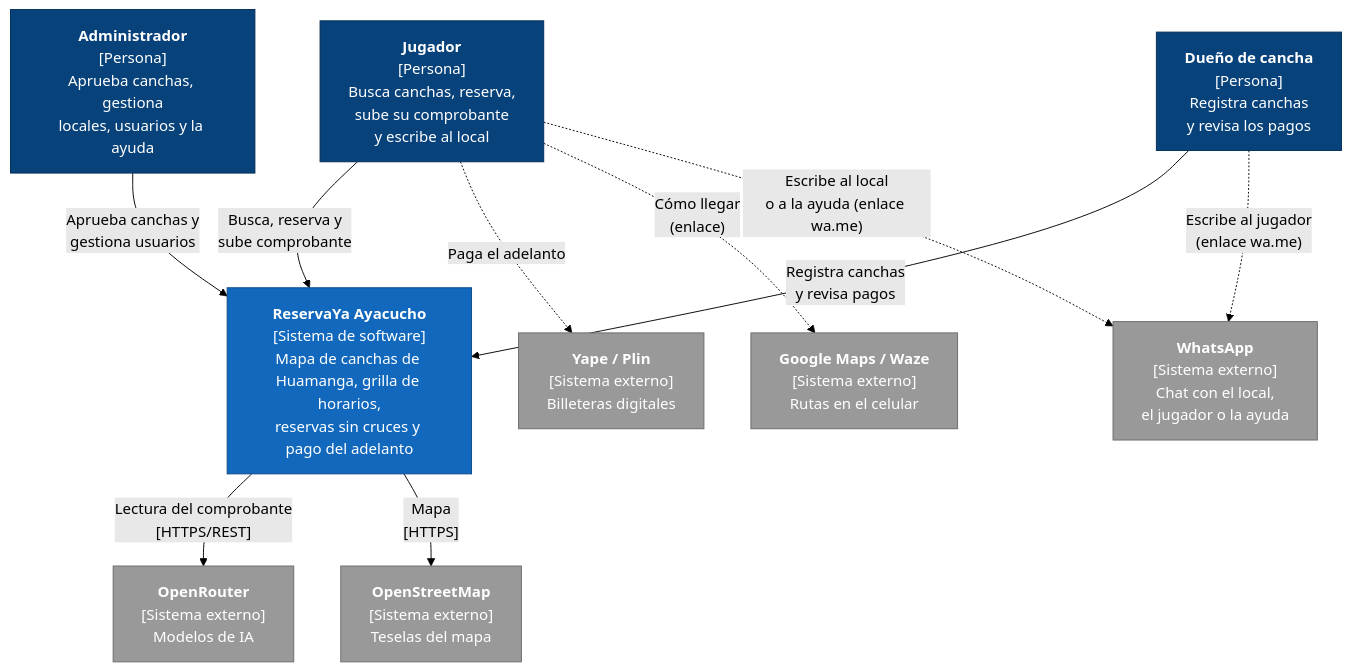
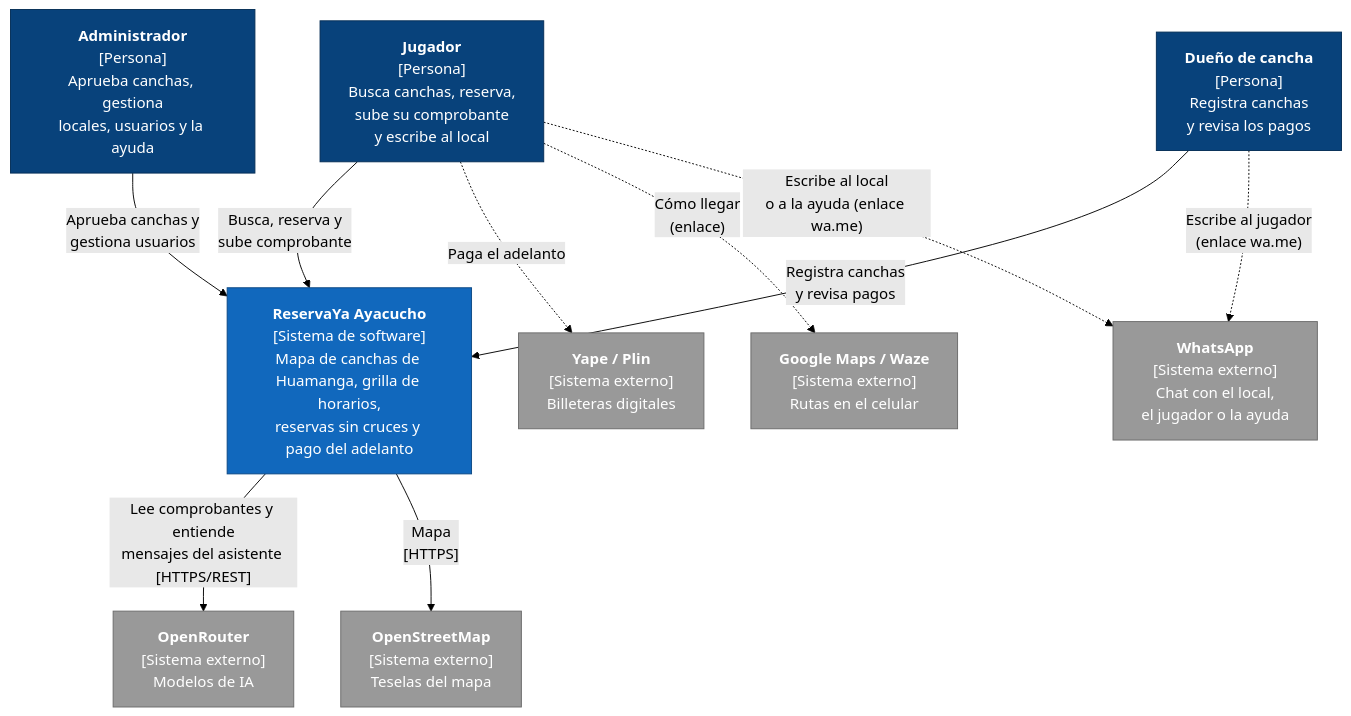
Before and after one commit to edhtsprado27-bit/ReservaYa-Ayacucho: the diagram in img/fuentes-svg/nivel1-contexto.mmd, drawn with Mermaid (forest theme). The commit also changed 33 other files, not shown here.

Commit message:
docs: spec 013, ADR-015 y documentos y diagramas actualizados con el asistente

```diff
--- a/img/fuentes-svg/nivel1-contexto.mmd
+++ b/img/fuentes-svg/nivel1-contexto.mmd
@@ -1,29 +1,29 @@
 flowchart TB
     jugador["<b>Jugador</b><br/>[Persona]<br/>Busca canchas, reserva,<br/>sube su comprobante<br/>y escribe al local"]
     dueno["<b>Dueño de cancha</b><br/>[Persona]<br/>Registra canchas<br/>y revisa los pagos"]
     admin["<b>Administrador</b><br/>[Persona]<br/>Aprueba canchas, gestiona<br/>locales, usuarios y la ayuda"]
 
     sistema["<b>ReservaYa Ayacucho</b><br/>[Sistema de software]<br/>Mapa de canchas de Huamanga, grilla de horarios,<br/>reservas sin cruces y pago del adelanto"]
 
     yape["<b>Yape / Plin</b><br/>[Sistema externo]<br/>Billeteras digitales"]
     openrouter["<b>OpenRouter</b><br/>[Sistema externo]<br/>Modelos de IA"]
     osm["<b>OpenStreetMap</b><br/>[Sistema externo]<br/>Teselas del mapa"]
     rutas["<b>Google Maps / Waze</b><br/>[Sistema externo]<br/>Rutas en el celular"]
     whatsapp["<b>WhatsApp</b><br/>[Sistema externo]<br/>Chat con el local,<br/>el jugador o la ayuda"]
 
     jugador -- "Busca, reserva y<br/>sube comprobante" --> sistema
     dueno -- "Registra canchas<br/>y revisa pagos" --> sistema
     admin -- "Aprueba canchas y<br/>gestiona usuarios" --> sistema
     jugador -. "Paga el adelanto" .-> yape
-    sistema -- "Lectura del comprobante<br/>[HTTPS/REST]" --> openrouter
+    sistema -- "Lee comprobantes y entiende<br/>mensajes del asistente [HTTPS/REST]" --> openrouter
     sistema -- "Mapa<br/>[HTTPS]" --> osm
     jugador -. "Cómo llegar<br/>(enlace)" .-> rutas
     jugador -. "Escribe al local<br/>o a la ayuda (enlace wa.me)" .-> whatsapp
     dueno -. "Escribe al jugador<br/>(enlace wa.me)" .-> whatsapp
 
     classDef persona fill:#08427b,stroke:#052e56,color:#fff
     classDef interno fill:#1168bd,stroke:#0b4884,color:#fff
     classDef externo fill:#999999,stroke:#6b6b6b,color:#fff
     class jugador,dueno,admin persona
     class sistema interno
     class yape,openrouter,osm,rutas,whatsapp externo
```
